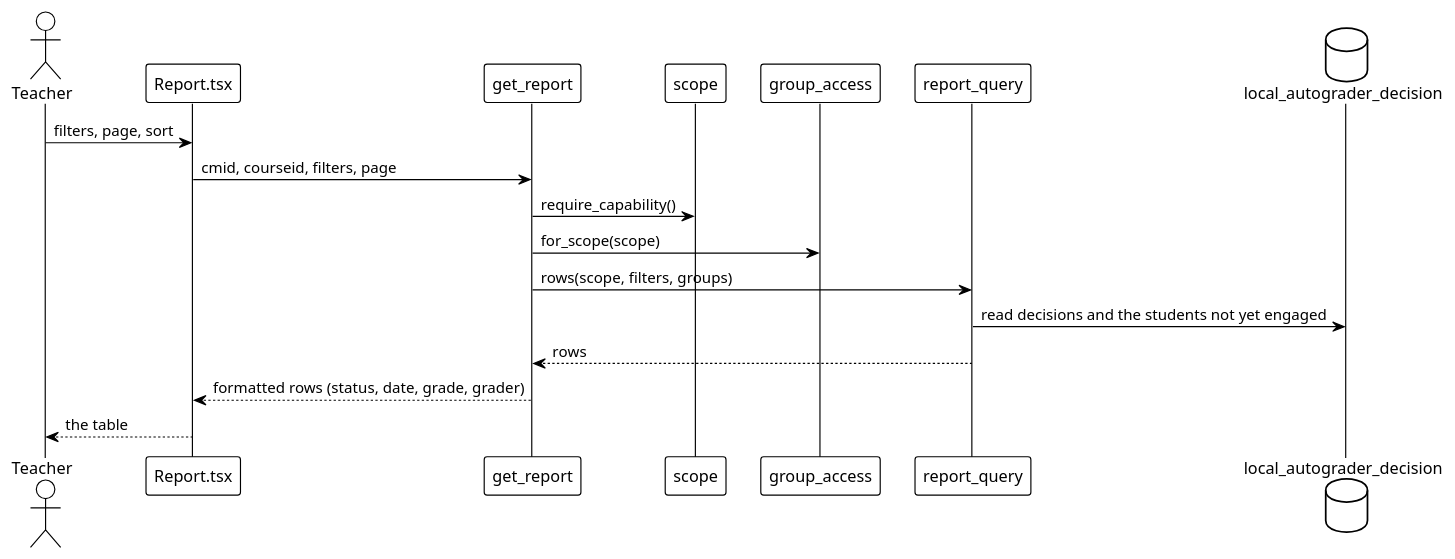
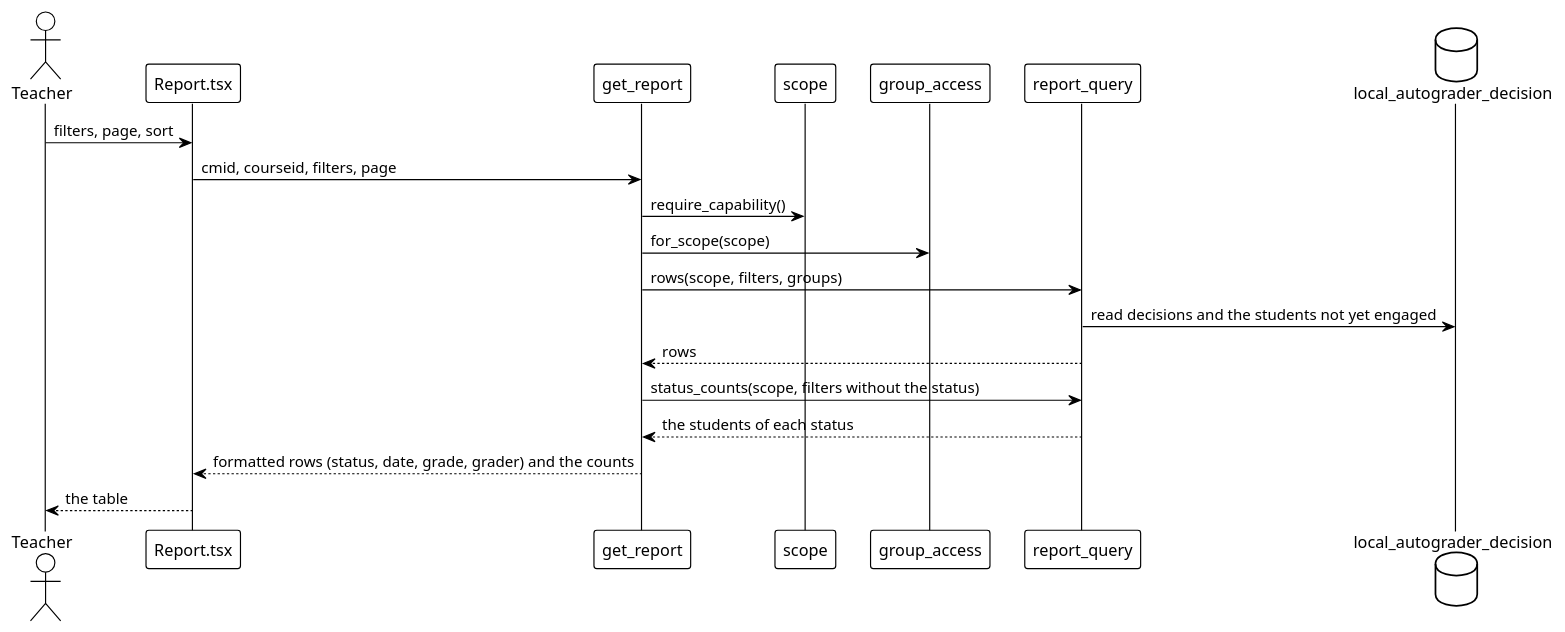
Before and after one commit to didactika/moodle-report_autograder: the diagram in docs/en/technical/design/use-cases/viewReport/sequence.puml, drawn with PlantUML. The commit also changed 15 other files, not shown here.

Commit message:
docs: describe the status chips with their counts and the new screenshots

```diff
--- a/docs/en/technical/design/use-cases/viewReport/sequence.puml
+++ b/docs/en/technical/design/use-cases/viewReport/sequence.puml
@@ -1,24 +1,26 @@
 @startuml
 !theme plain
 skinparam linetype polyline
 skinparam responseMessageBelowArrow true
 
 actor "Teacher" as actor
 participant "Report.tsx" as js
 participant "get_report" as service
 participant "scope" as scope
 participant "group_access" as groups
 participant "report_query" as query
 database "local_autograder_decision" as table
 
 actor -> js : filters, page, sort
 js -> service : cmid, courseid, filters, page
 service -> scope : require_capability()
 service -> groups : for_scope(scope)
 service -> query : rows(scope, filters, groups)
 query -> table : read decisions and the students not yet engaged
 query --> service : rows
-service --> js : formatted rows (status, date, grade, grader)
+service -> query : status_counts(scope, filters without the status)
+query --> service : the students of each status
+service --> js : formatted rows (status, date, grade, grader) and the counts
 js --> actor : the table
 
 @enduml
```
